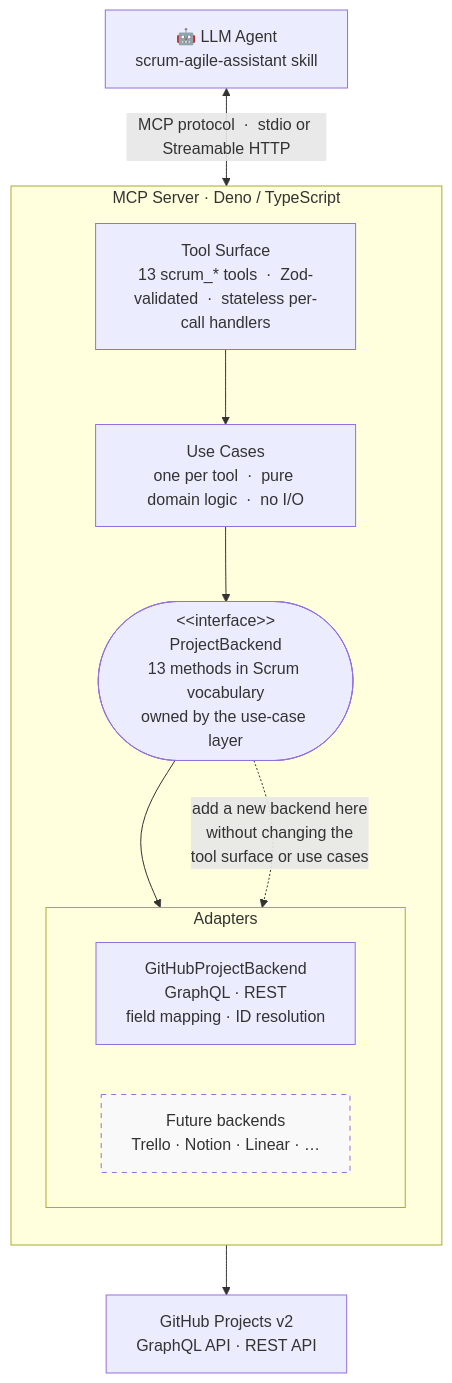
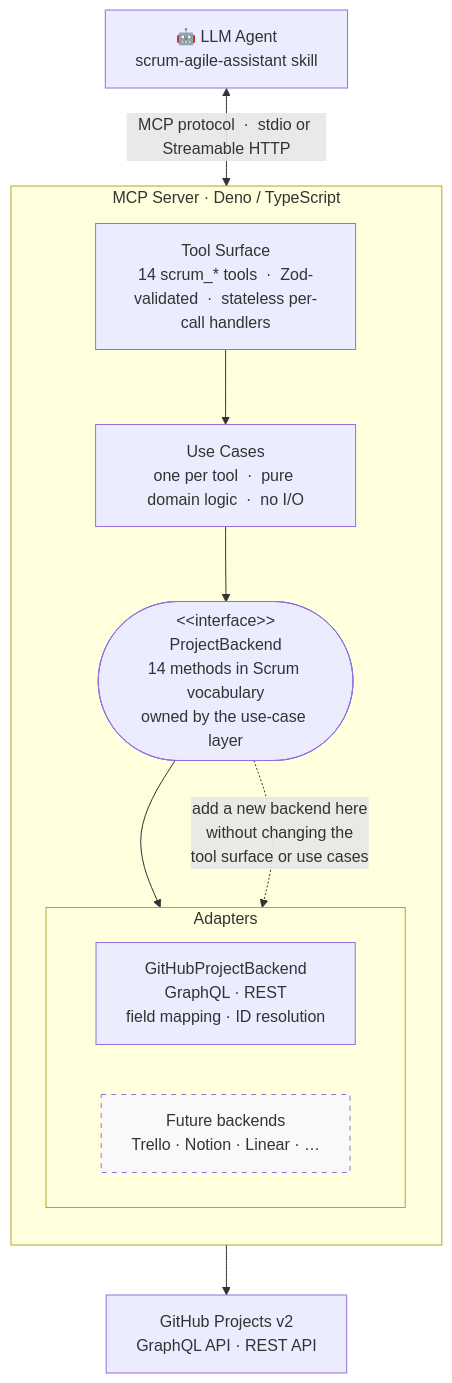
Before and after one commit to hoonsubin/github-projects-mcp-server: the second of 4 diagrams in README.md, drawn with Mermaid. The commit also changed other lines of this file and 21 other files, not shown here.

````diff
--- a/README.md
+++ b/README.md
@@ -313,32 +313,32 @@
 ```mermaid
 flowchart TB
     agent["🤖 LLM Agent\nscrum-agile-assistant skill"]
 
     subgraph server["MCP Server  ·  Deno / TypeScript"]
         direction TB
 
-        surface["Tool Surface\n13 scrum_* tools  ·  Zod-validated  ·  stateless per-call handlers"]
+        surface["Tool Surface\n14 scrum_* tools  ·  Zod-validated  ·  stateless per-call handlers"]
 
         usecases["Use Cases\none per tool  ·  pure domain logic  ·  no I/O"]
 
-        port(["&lt;&lt;interface&gt;&gt;\nProjectBackend\n13 methods in Scrum vocabulary\nowned by the use-case layer"])
+        port(["&lt;&lt;interface&gt;&gt;\nProjectBackend\n14 methods in Scrum vocabulary\nowned by the use-case layer"])
 
         subgraph adapters["Adapters"]
             direction LR
             gh["GitHubProjectBackend\nGraphQL · REST\nfield mapping · ID resolution"]
             future["Future backends\nTrello · Notion · Linear · …"]
         end
     end
 
     ghapi["GitHub Projects v2\nGraphQL API  ·  REST API"]
 
     agent      <-->|"MCP protocol  ·  stdio or Streamable HTTP"| surface
     surface     --> usecases
     usecases    --> port
     port        --> gh
     port       -.->|"add a new backend here\nwithout changing the\ntool surface or use cases"| future
     gh          --> ghapi
 
     style future stroke-dasharray: 5 5
     style future fill:#f9f9f9
 ```
````
